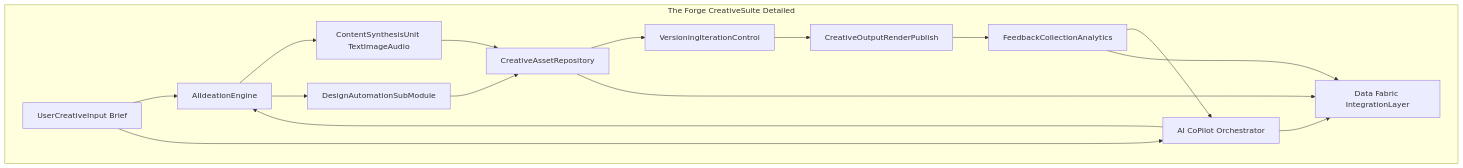
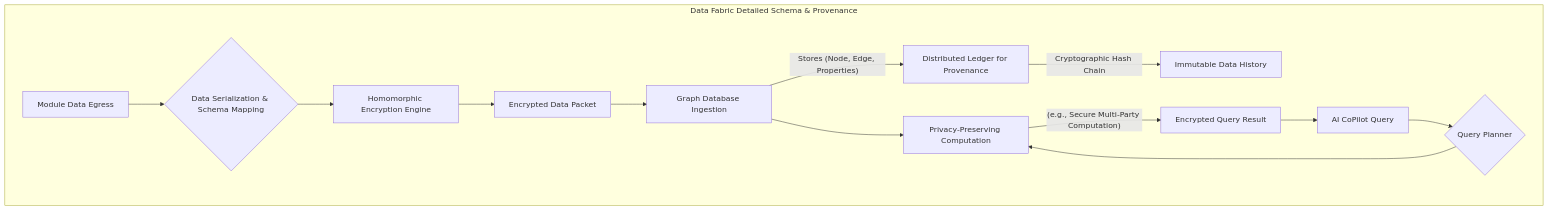
Before and after one commit to diplomat-bit/Citibank_Demo_Business_Inc_Demonstration-: the fourth of 9 diagrams in inventions/100_sovereign_creator_operating_system.md, drawn with Mermaid. The commit also changed other lines of this file, not shown here.

````diff
--- a/inventions/100_sovereign_creator_operating_system.md
+++ b/inventions/100_sovereign_creator_operating_system.md
@@ -126,19 +141,16 @@
 ```mermaid
 graph TD
-    subgraph The Forge CreativeSuite Detailed
-        A[UserCreativeInput Brief] --> B[AIIdeationEngine]
-        B --> C[ContentSynthesisUnit TextImageAudio]
-        B --> D[DesignAutomationSubModule]
-        C --> E[CreativeAssetRepository]
-        D --> E
-        E --> F[VersioningIterationControl]
-        F --> G[CreativeOutputRenderPublish]
-        G --> H[FeedbackCollectionAnalytics]
-        H --> J[AI CoPilot Orchestrator]
-        J --> B
-        J --> D_FABRIC[Data Fabric IntegrationLayer]
-        E --> D_FABRIC
-        H --> D_FABRIC
-        A --> J
+    subgraph Data Fabric Detailed Schema & Provenance
+        A[Module Data Egress] --> B{Data Serialization & Schema Mapping};
+        B --> C[Homomorphic Encryption Engine];
+        C --> D[Encrypted Data Packet];
+        D --> E[Graph Database Ingestion];
+        E -- Stores (Node, Edge, Properties) --> F[Distributed Ledger for Provenance];
+        F -- Cryptographic Hash Chain --> G[Immutable Data History];
+        H[AI CoPilot Query] --> I{Query Planner};
+        I --> J[Privacy-Preserving Computation];
+        J -- (e.g., Secure Multi-Party Computation) --> K[Encrypted Query Result];
+        K --> H;
+        E --> J;
     end
 ```
````
